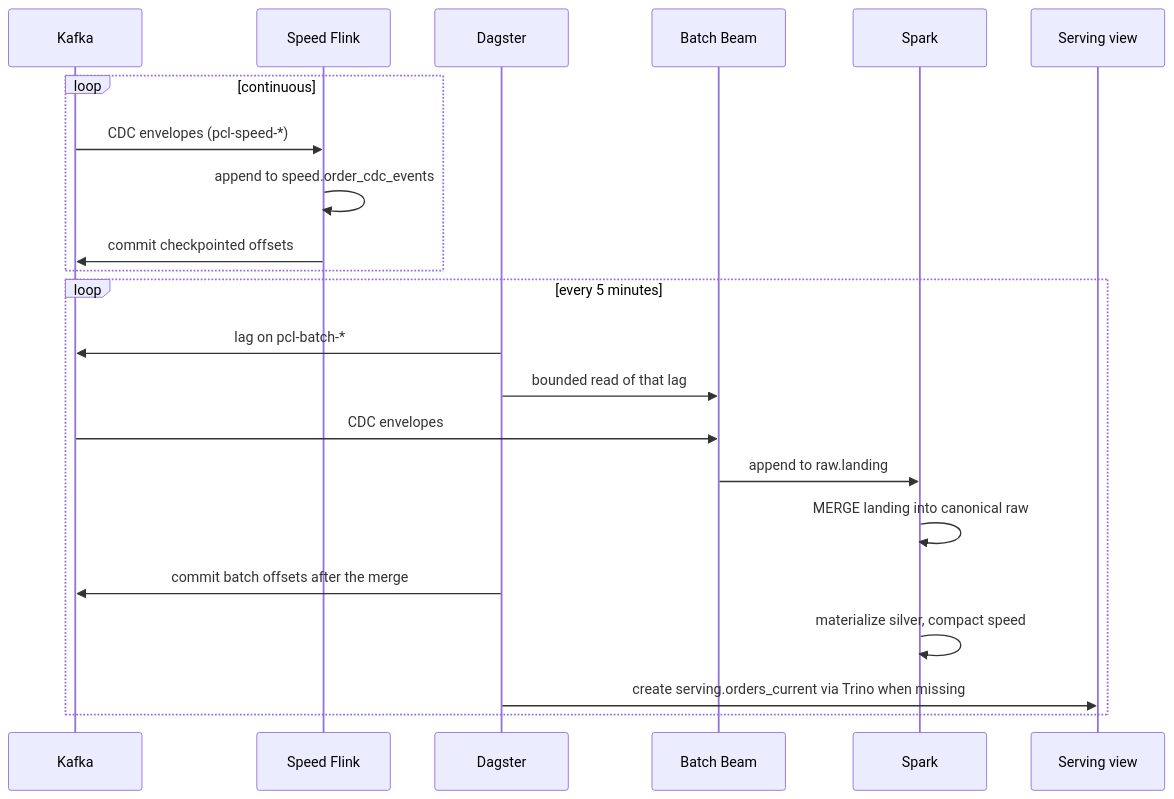
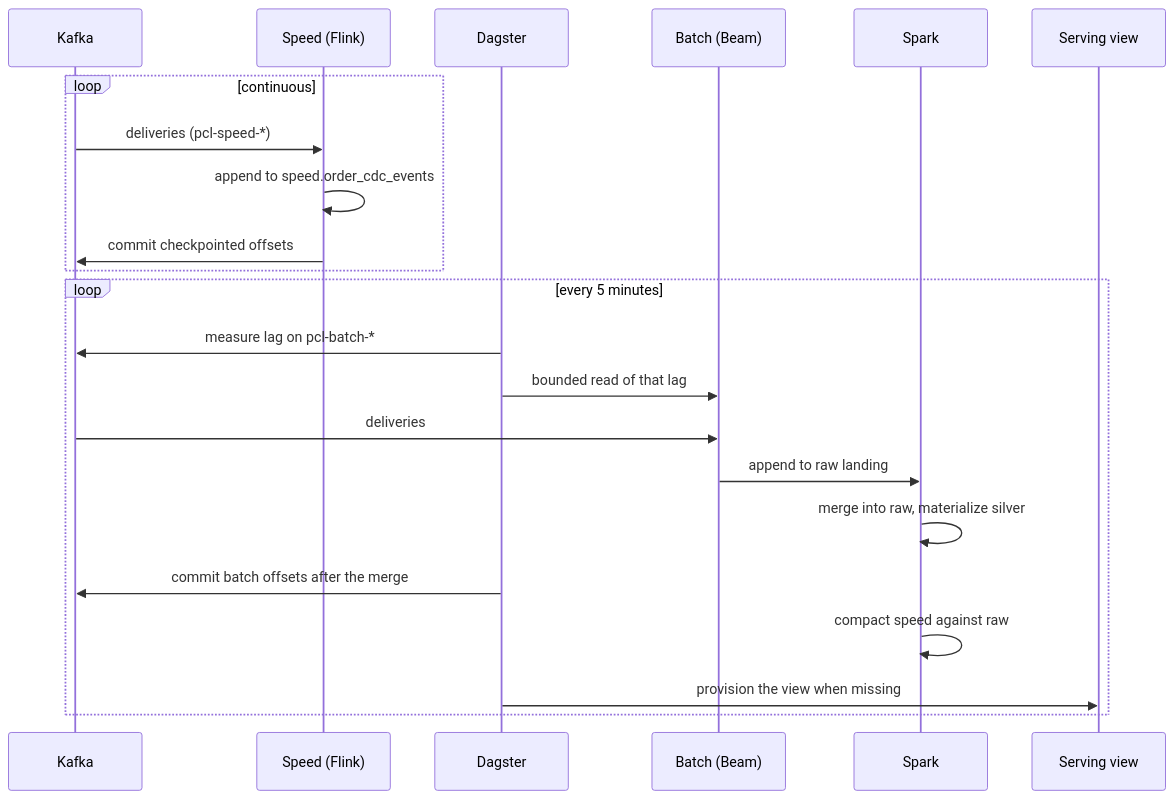
Before and after one commit to sergio11/portable_cdc_lakehouse_poc: the second of 2 diagrams in README.md, drawn with Mermaid. The commit also changed other lines of this file, not shown here.

Commit message:
docs(readme): rewrite the lambda architecture section

````diff
--- a/README.md
+++ b/README.md
@@ -145,26 +196,26 @@
 ```mermaid
 sequenceDiagram
     participant K as Kafka
-    participant S as Speed Flink
+    participant S as Speed (Flink)
     participant G as Dagster
-    participant B as Batch Beam
+    participant B as Batch (Beam)
     participant X as Spark
     participant V as Serving view
 
     loop continuous
-        K->>S: CDC envelopes (pcl-speed-*)
+        K->>S: deliveries (pcl-speed-*)
         S->>S: append to speed.order_cdc_events
         S->>K: commit checkpointed offsets
     end
 
     loop every 5 minutes
-        G->>K: lag on pcl-batch-*
+        G->>K: measure lag on pcl-batch-*
         G->>B: bounded read of that lag
-        K->>B: CDC envelopes
-        B->>X: append to raw.landing
-        X->>X: MERGE landing into canonical raw
+        K->>B: deliveries
+        B->>X: append to raw landing
+        X->>X: merge into raw, materialize silver
         G->>K: commit batch offsets after the merge
-        X->>X: materialize silver, compact speed
-        G->>V: create serving.orders_current via Trino when missing
+        X->>X: compact speed against raw
+        G->>V: provision the view when missing
     end
 ```
````
